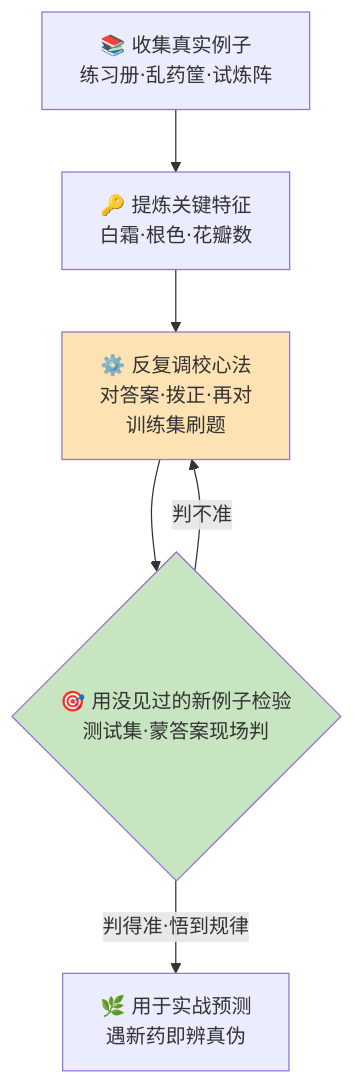
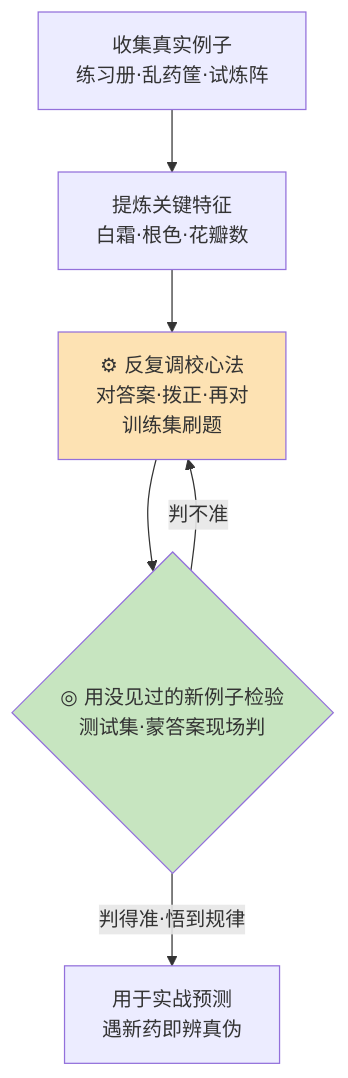
One commit to luckykhy/KhyAiHub changed the diagram in docs/09_STORY_修仙学AI/STORY-元婴/[STORY-章节-121] 第07章 元婴·观例悟法.md. Above: the diagram before and after it, drawn with Mermaid. The commit also changed other lines of this file and 19 other files, not shown here.

````diff
--- a/docs/09_STORY_修仙学AI/STORY-元婴/[STORY-章节-121] 第07章 元婴·观例悟法.md
+++ b/docs/09_STORY_修仙学AI/STORY-元婴/[STORY-章节-121] 第07章 元婴·观例悟法.md
@@ -112,10 +112,10 @@
 ```mermaid
 flowchart TD
-    A[📚 收集真实例子<br/>练习册·乱药筐·试炼阵] --> B[🔑 提炼关键特征<br/>白霜·根色·花瓣数]
-    B --> C[⚙️ 反复调校心法<br/>对答案·拨正·再对<br/>训练集刷题]
-    C --> D{🎯 用没见过的新例子检验<br/>测试集·蒙答案现场判}
+    A[收集真实例子<br/>练习册·乱药筐·试炼阵] --> B[提炼关键特征<br/>白霜·根色·花瓣数]
+    B --> C[⚙ 反复调校心法<br/>对答案·拨正·再对<br/>训练集刷题]
+    C --> D{◎ 用没见过的新例子检验<br/>测试集·蒙答案现场判}
     D -->|判不准| C
-    D -->|判得准·悟到规律| E[🌿 用于实战预测<br/>遇新药即辨真伪]
+    D -->|判得准·悟到规律| E[用于实战预测<br/>遇新药即辨真伪]
     style C fill:#fde2b3
     style D fill:#c7e5c0
 ```
````
